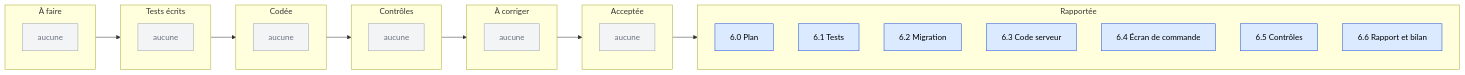
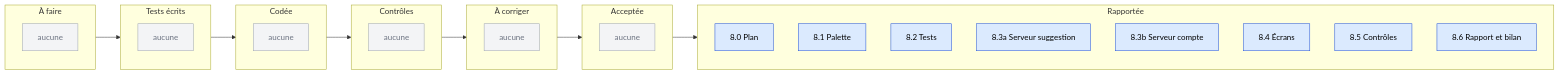
The second of 5 diagrams in docs/reports/TABLEAU-DE-BORD.md (lyon32/lyonpanel), drawn with Mermaid before and after one commit. The commit also changed other lines of this file and 238 other files, not shown here.

First line of the commit message:
feat(espace-client): phase 8, tableau de bord sombre, compte, favoris, transactions et suggestion

````diff
--- a/docs/reports/TABLEAU-DE-BORD.md
+++ b/docs/reports/TABLEAU-DE-BORD.md
@@ -36,42 +36,43 @@
 ```mermaid
 flowchart LR
   subgraph A["À faire"]
     direction TB
     a0["aucune"]
   end
   subgraph B["Tests écrits"]
     direction TB
     b0["aucune"]
   end
   subgraph C["Codée"]
     direction TB
     c0["aucune"]
   end
   subgraph D["Contrôles"]
     direction TB
     d0["aucune"]
   end
   subgraph E["À corriger"]
     direction TB
     e0["aucune"]
   end
   subgraph F["Acceptée"]
     direction TB
     f0["aucune"]
   end
   subgraph G["Rapportée"]
     direction TB
-    g0["6.0 Plan"]
-    g1["6.1 Tests"]
-    g2["6.2 Migration"]
-    g3["6.3 Code serveur"]
-    g4["6.4 Écran de commande"]
-    g5["6.5 Contrôles"]
-    g6["6.6 Rapport et bilan"]
+    g0["8.0 Plan"]
+    g1["8.1 Palette"]
+    g2["8.2 Tests"]
+    g3["8.3a Serveur suggestion"]
+    g4["8.3b Serveur compte"]
+    g5["8.4 Écrans"]
+    g6["8.5 Contrôles"]
+    g7["8.6 Rapport et bilan"]
   end
   A --> B --> C --> D --> E --> F --> G
   classDef fait fill:#DBEAFE,stroke:#1D4ED8,color:#000
   classDef vide fill:#F3F4F6,stroke:#9CA3AF,color:#6B7280
-  class g0,g1,g2,g3,g4,g5,g6 fait
+  class g0,g1,g2,g3,g4,g5,g6,g7 fait
   class a0,b0,c0,d0,e0,f0 vide
 ```
````
